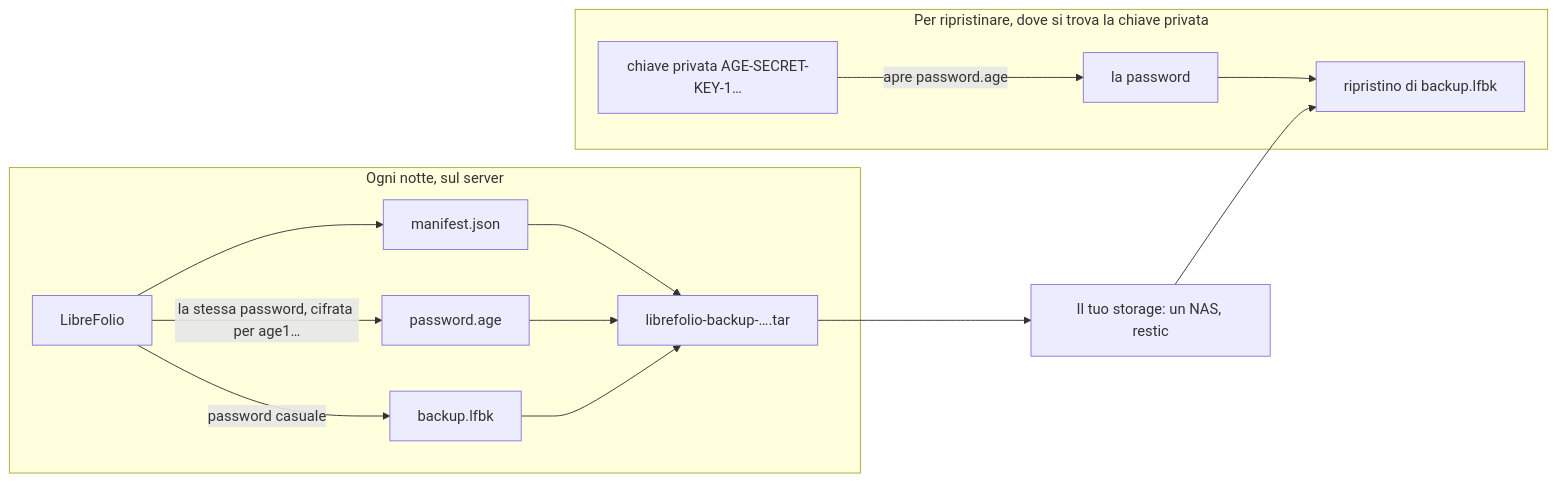
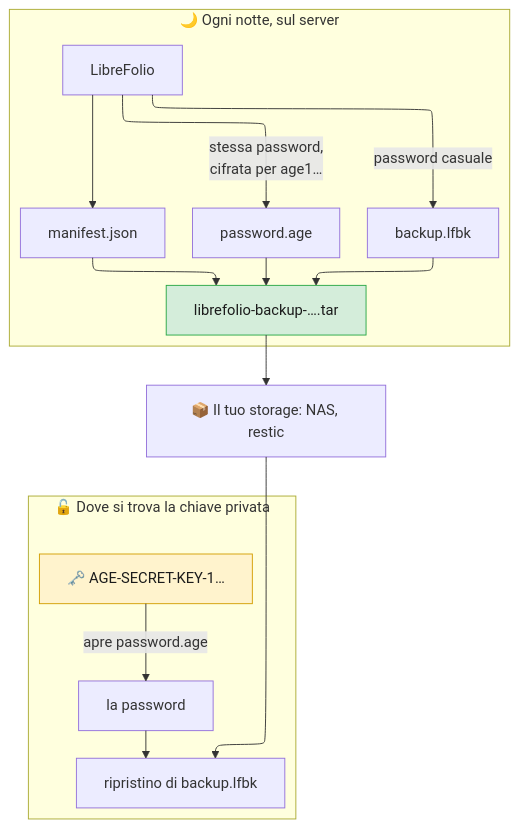
The diagram in mkdocs_src/docs/admin/backup_sealed.it.md (Librefolio/LibreFolio), drawn with Mermaid before and after one commit.

Commit message:
docs(admin): sealed backups diagram in the readable style (it)

````diff
--- a/mkdocs_src/docs/admin/backup_sealed.it.md
+++ b/mkdocs_src/docs/admin/backup_sealed.it.md
@@ -20,17 +20,21 @@
 ```mermaid
-flowchart LR
-    subgraph night["Ogni notte, sul server"]
-        LF["LibreFolio"] -->|"password casuale"| ENV["backup.lfbk"]
-        LF -->|"la stessa password, cifrata per age1…"| PWD["password.age"]
+---
+config:
+  layout: elk
+---
+flowchart TD
+    subgraph server["🌙 Ogni notte, sul server"]
+        LF["LibreFolio"] -->|"password casuale"| LFBK["backup.lfbk"]
+        LF -->|"stessa password,<br>cifrata per age1…"| PAGE["password.age"]
         LF --> MAN["manifest.json"]
-        MAN --> TAR["librefolio-backup-….tar"]
-        PWD --> TAR
-        ENV --> TAR
+        LFBK & PAGE & MAN --> TAR["librefolio-backup-….tar"]
     end
-    TAR --> STORE["Il tuo storage: un NAS, restic"]
-    subgraph restore["Per ripristinare, dove si trova la chiave privata"]
-        KEY["chiave privata AGE-SECRET-KEY-1…"] -->|"apre password.age"| PASS["la password"]
+    TAR --> STORE["📦 Il tuo storage: NAS, restic"]
+    subgraph restore["🔓 Dove si trova la chiave privata"]
+        KEY["🗝️ AGE-SECRET-KEY-1…"] -->|"apre password.age"| PASS["la password"]
         PASS --> RES["ripristino di backup.lfbk"]
     end
     STORE --> RES
+    style KEY fill:#fff3cd,color:#1b1b1b,stroke:#d39e00
+    style TAR fill:#d4edda,color:#1b1b1b,stroke:#28a745
 ```
````
